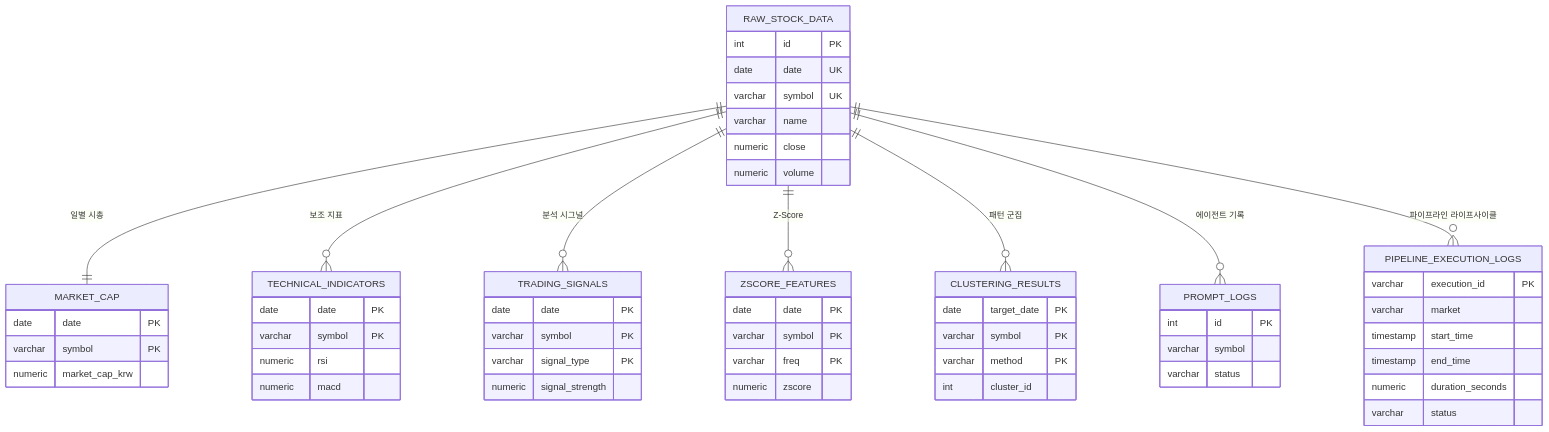
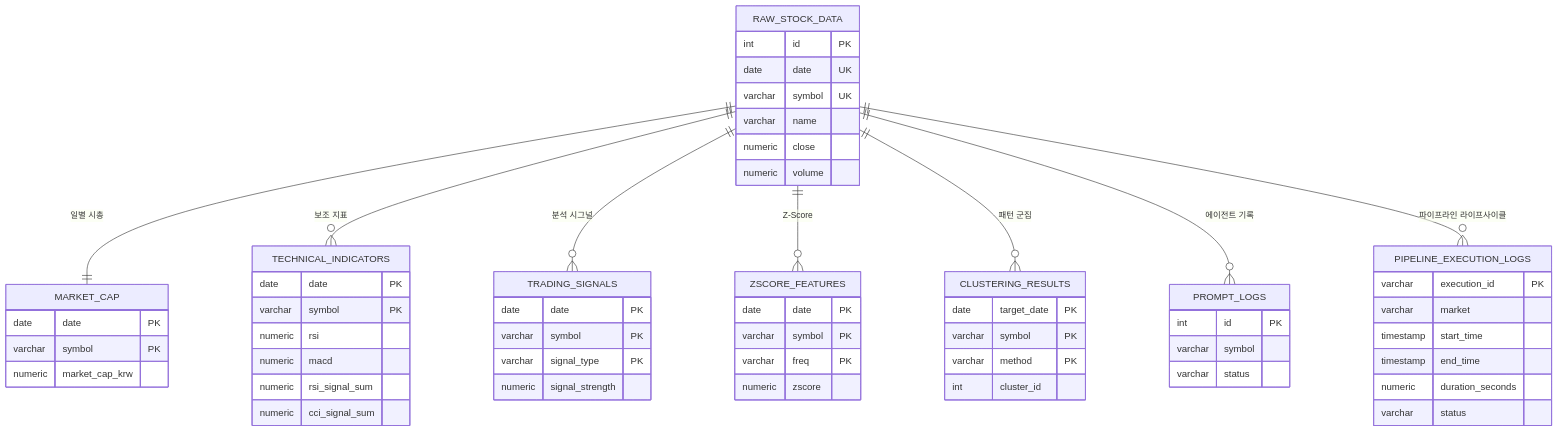
Before and after one commit to hugingstar/ggeolmu: the second of 2 diagrams in README.md, drawn with Mermaid. The commit also changed 6 other files, not shown here.

````diff
--- a/README.md
+++ b/README.md
@@ -82,69 +82,71 @@
 ```mermaid
 erDiagram
     RAW_STOCK_DATA {
         int id PK
         date date UK
         varchar symbol UK
         varchar name
         numeric close
         numeric volume
     }
 
     MARKET_CAP {
         date date PK
         varchar symbol PK
         numeric market_cap_krw
     }
 
     TECHNICAL_INDICATORS {
         date date PK
         varchar symbol PK
         numeric rsi
         numeric macd
+        numeric rsi_signal_sum
+        numeric cci_signal_sum
     }
 
     TRADING_SIGNALS {
         date date PK
         varchar symbol PK
         varchar signal_type PK
         numeric signal_strength
     }
 
     ZSCORE_FEATURES {
         date date PK
         varchar symbol PK
         varchar freq PK
         numeric zscore
     }
 
     CLUSTERING_RESULTS {
         date target_date PK
         varchar symbol PK
         varchar method PK
         int cluster_id
     }
 
     PROMPT_LOGS {
         int id PK
         varchar symbol
         varchar status
     }
 
     PIPELINE_EXECUTION_LOGS {
         varchar execution_id PK
         varchar market
         timestamp start_time
         timestamp end_time
         numeric duration_seconds
         varchar status
     }
 
     %% 수직 순차 방사형 관계 배치
     RAW_STOCK_DATA ||--|| MARKET_CAP : "일별 시총"
     RAW_STOCK_DATA ||--o{ TECHNICAL_INDICATORS : "보조 지표"
     RAW_STOCK_DATA ||--o{ TRADING_SIGNALS : "분석 시그널"
     RAW_STOCK_DATA ||--o{ ZSCORE_FEATURES : "Z-Score"
     RAW_STOCK_DATA ||--o{ CLUSTERING_RESULTS : "패턴 군집"
     RAW_STOCK_DATA ||--o{ PROMPT_LOGS : "에이전트 기록"
     RAW_STOCK_DATA ||--o{ PIPELINE_EXECUTION_LOGS : "파이프라인 라이프사이클"
 ```
````
